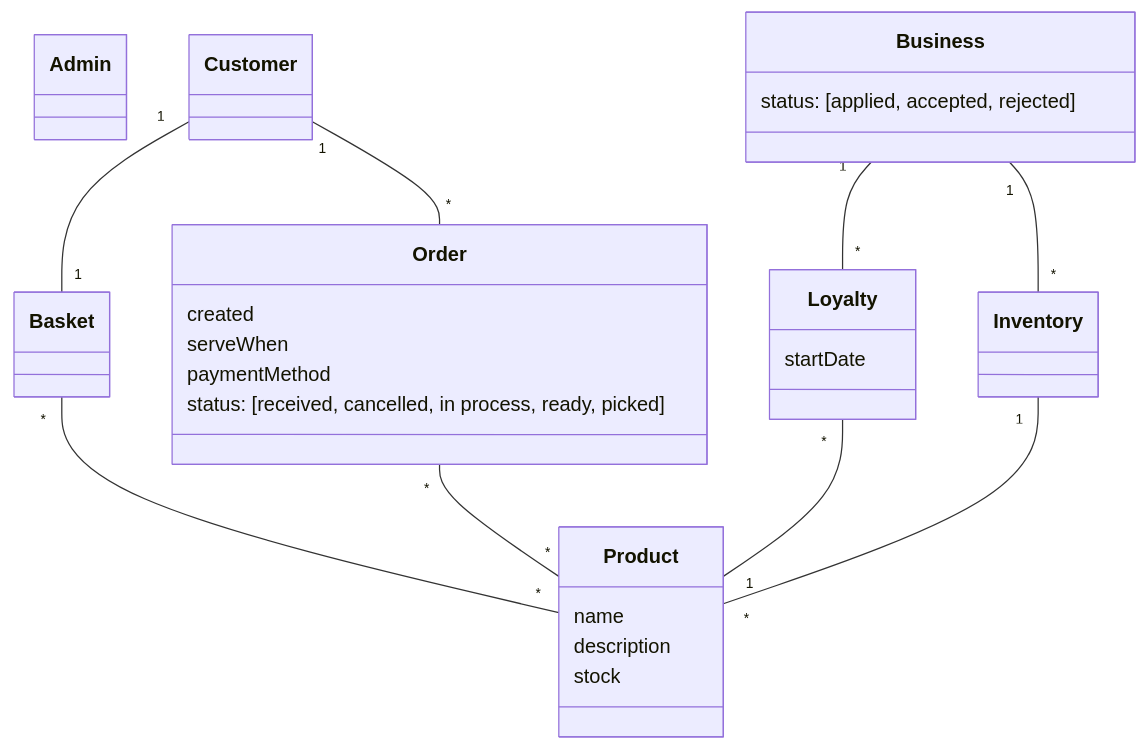
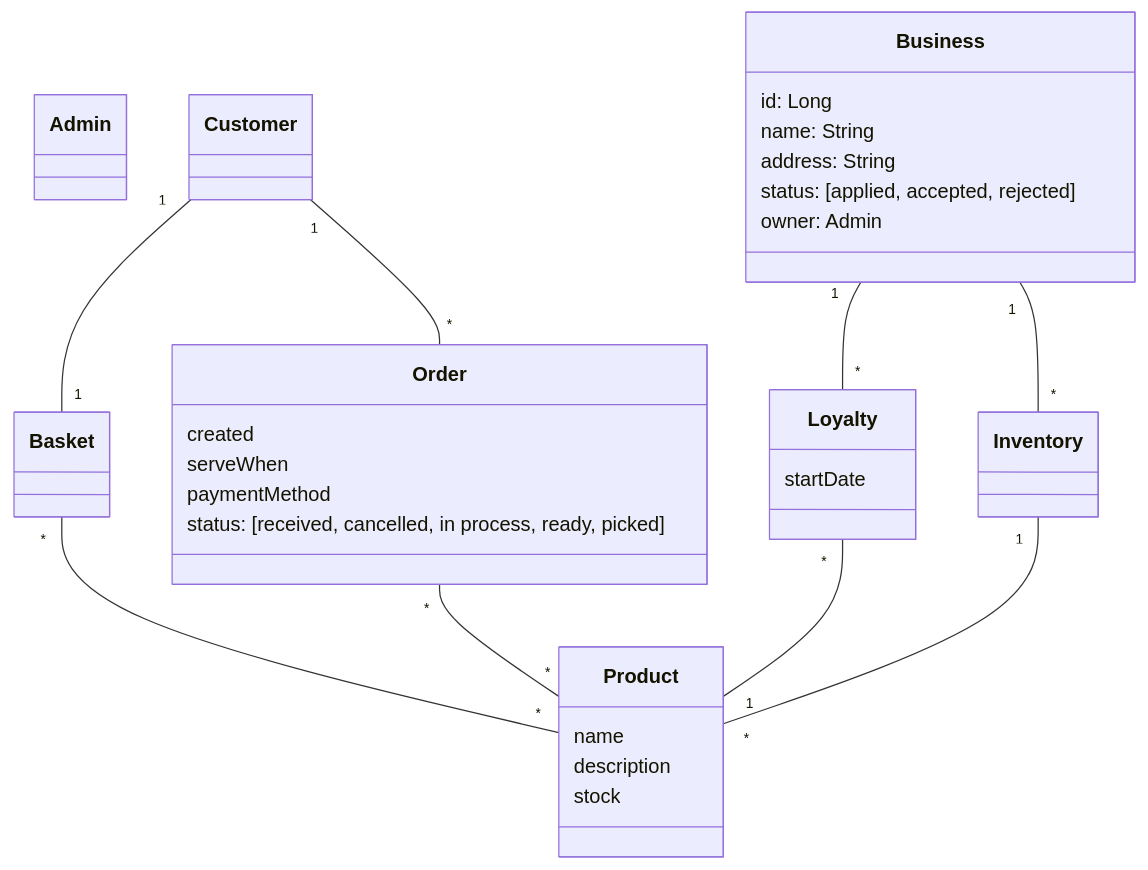
Before and after one commit to UdL-EPS-SoftArch/mycoffe-api: the diagram in README.md, drawn with Mermaid.

Commit message:
Readme Update

````diff
--- a/README.md
+++ b/README.md
@@ -39,33 +39,37 @@
 ```mermaid
 classDiagram
 class Admin { }
 class Customer { }
 class Basket { }
 class Order {
     created
     serveWhen
     paymentMethod
     status: [received, cancelled, in process, ready, picked]
 }
 class Business {
+    id: Long
+    name: String
+    address: String
     status: [applied, accepted, rejected]
+    owner: Admin
 }
 class Loyalty {
     startDate
 }
 class Inventory { }
 class Product {
     name
     description
     stock
 }
 
 Customer "1" -- "1" Basket
 Customer "1" -- "*" Order
 Basket "*" -- "*" Product
 Order "*" -- "*" Product
 Business "1" -- "*" Loyalty
 Business "1" -- "*" Inventory
 Loyalty "*" -- "1" Product
 Inventory "1" -- "*" Product
 ```
````
